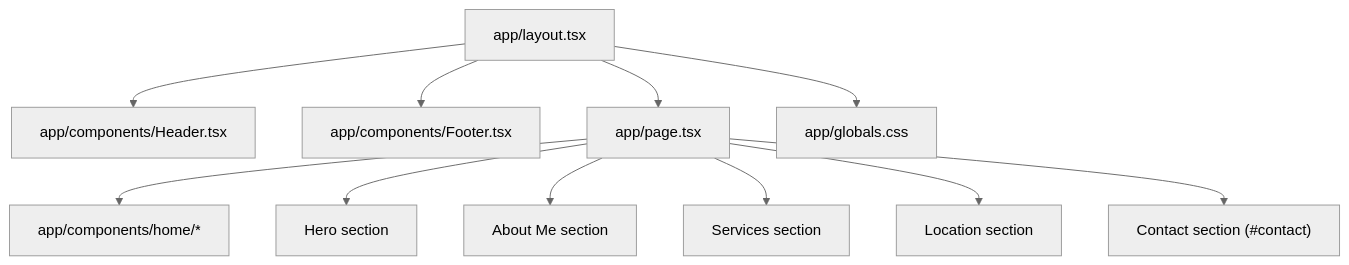
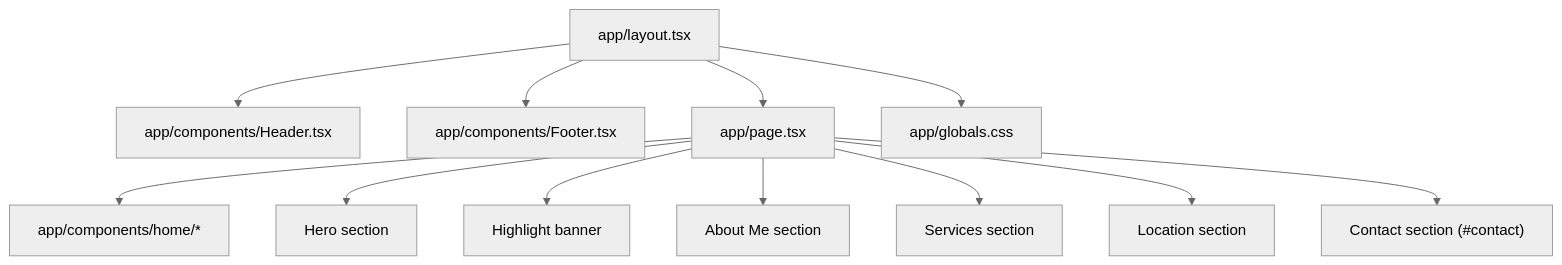
One commit to ipavic933-spec/website-pavic changed the diagram in lode/summary.md. Above: the diagram before and after it, drawn with Mermaid (neutral theme). The commit also changed other lines of this file and 9 other files, not shown here.

````diff
--- a/lode/summary.md
+++ b/lode/summary.md
@@ -11,13 +11,14 @@
 ```mermaid
 graph TD
   Layout["app/layout.tsx"] --> Header["app/components/Header.tsx"]
   Layout --> Footer["app/components/Footer.tsx"]
   Layout --> Page["app/page.tsx"]
   Page --> HomeComponents["app/components/home/*"]
   Layout --> Globals["app/globals.css"]
   Page --> Hero["Hero section"]
+  Page --> Banner["Highlight banner"]
   Page --> About["About Me section"]
   Page --> Services["Services section"]
   Page --> Map["Location section"]
   Page --> Contact["Contact section (#contact)"]
 ```
````
